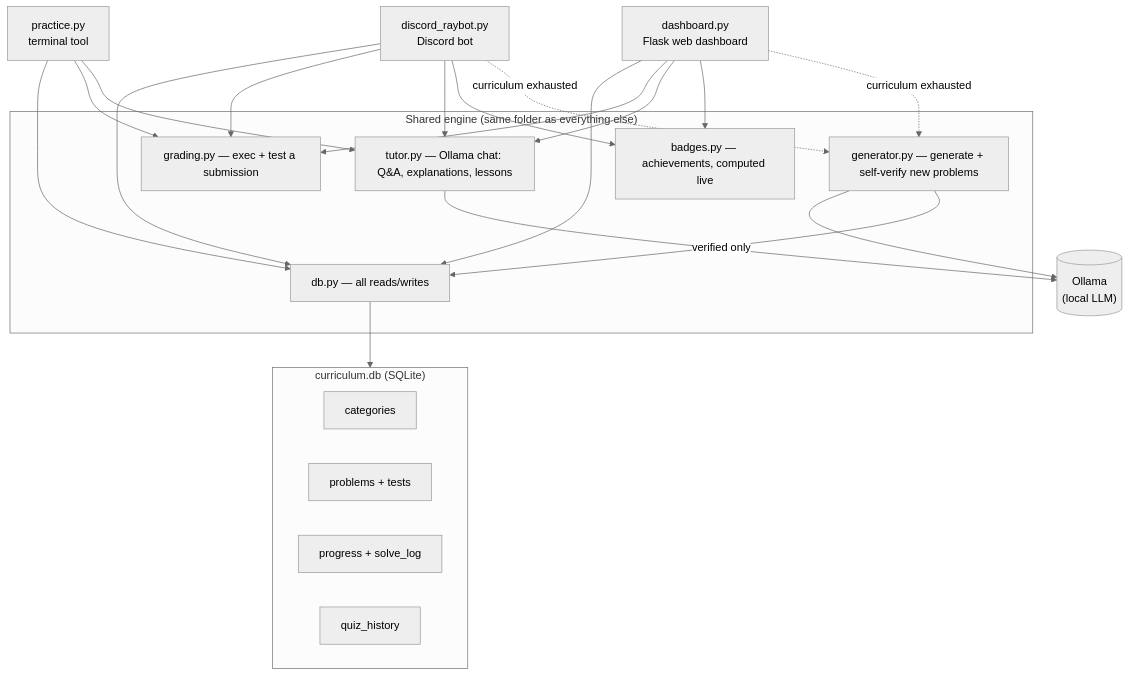
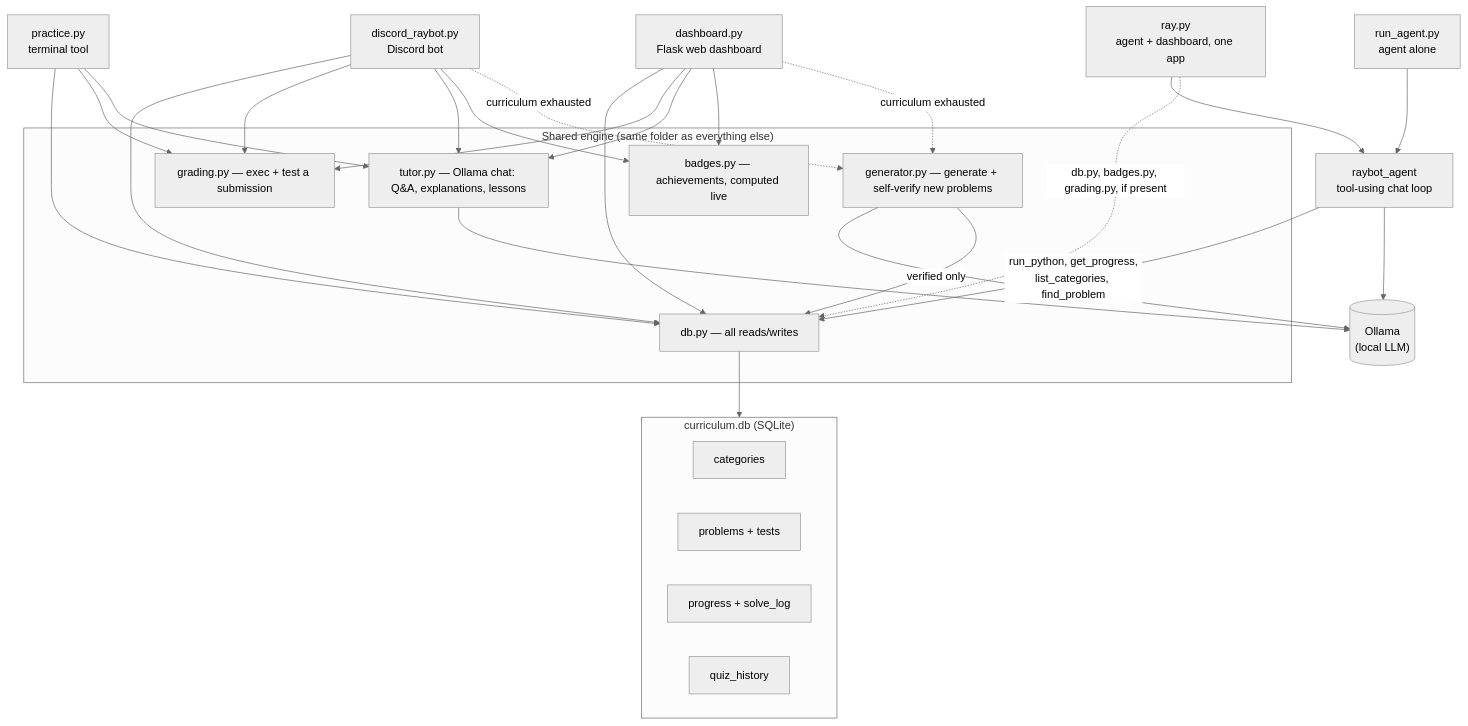
One commit to FIreLordRay/raybot changed the diagram in README.md. Above: the diagram before and after it, drawn with Mermaid (neutral theme). The commit also changed other lines of this file, not shown here.

First line of the commit message:
Document the agent (raybot_agent, ray.py, raybot_showcase.py) in the README

````diff
--- a/README.md
+++ b/README.md
@@ -29,36 +39,46 @@
 ```mermaid
 flowchart TB
     subgraph db["curriculum.db (SQLite)"]
         direction LR
         categories["categories"]
         problems["problems + tests"]
         progress["progress + solve_log"]
         history["quiz_history"]
     end
 
     subgraph engine["Shared engine (same folder as everything else)"]
         dbpy["db.py — all reads/writes"]
         grading["grading.py — exec + test a submission"]
         generator["generator.py — generate + self-verify new problems"]
         tutor["tutor.py — Ollama chat: Q&A, explanations, lessons"]
         badges["badges.py — achievements, computed live"]
     end
 
     ollama[("Ollama\n(local LLM)")]
 
     cli["practice.py\nterminal tool"]
     bot["discord_raybot.py\nDiscord bot"]
     web["dashboard.py\nFlask web dashboard"]
 
     cli --> dbpy
     bot --> dbpy
     web --> dbpy
     cli & bot & web --> grading
     cli & bot & web --> tutor
     bot & web --> badges
     bot & web -.->|curriculum exhausted| generator
     generator --> ollama
     tutor --> ollama
     generator -->|verified only| dbpy
     dbpy --> db
+
+    agent["raybot_agent\ntool-using chat loop"]
+    rayapp["ray.py\nagent + dashboard, one app"]
+    runagent["run_agent.py\nagent alone"]
+
+    runagent --> agent
+    rayapp --> agent
+    rayapp -.->|db.py, badges.py, grading.py, if present| dbpy
+    agent -->|run_python, get_progress,\nlist_categories, find_problem| dbpy
+    agent --> ollama
 ```
````
